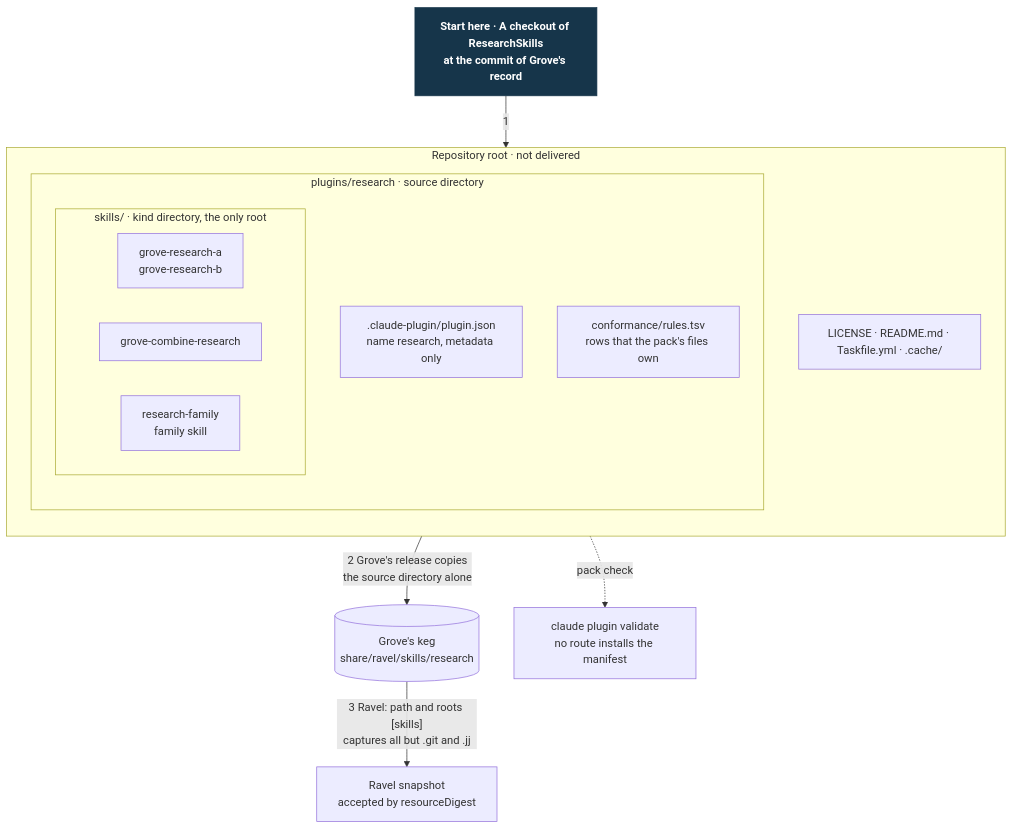
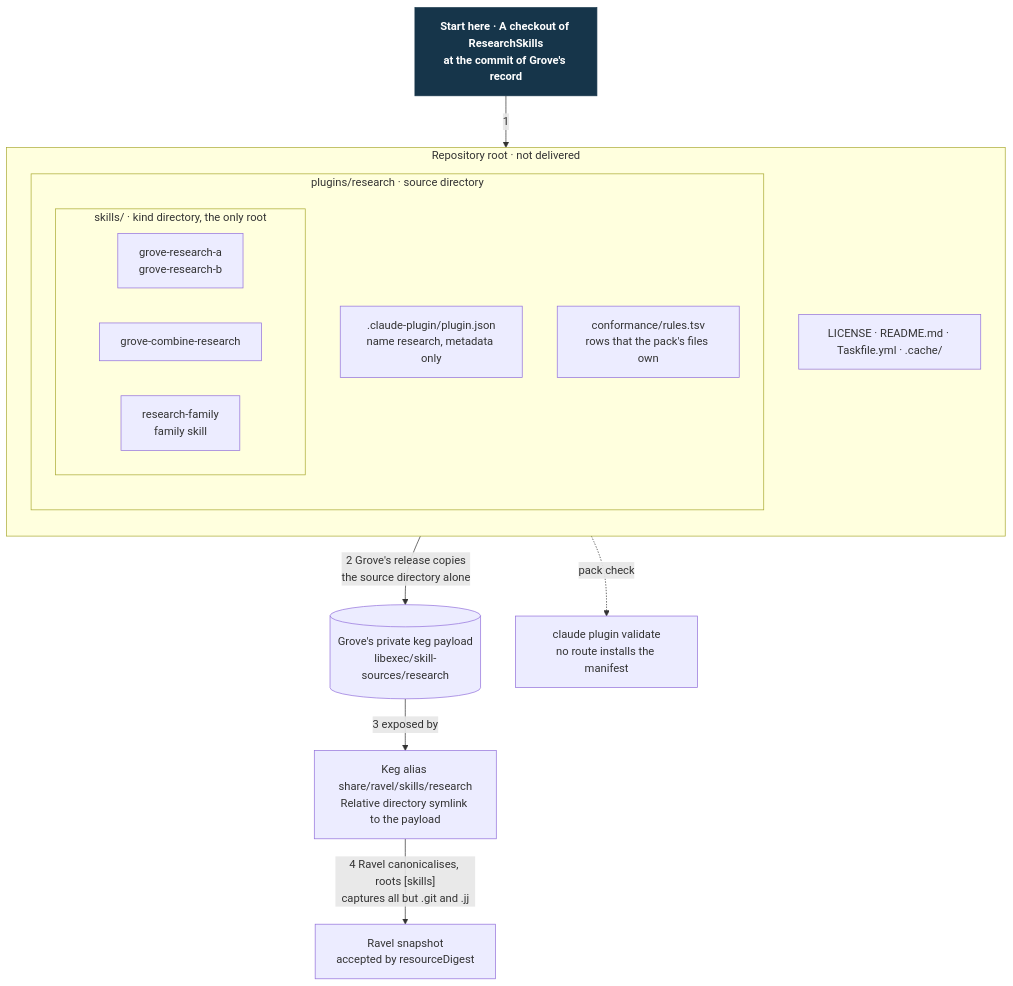
One commit to Linkuistics/grove changed the diagram in docs/design/external-pack-contract/layout.mmd. Above: the diagram before and after it, drawn with Mermaid. The commit also changed 20 other files, not shown here.

First line of the commit message:
Integrate directory-link layout review (skill-keg-link-layout-k292)

```diff
--- a/docs/design/external-pack-contract/layout.mmd
+++ b/docs/design/external-pack-contract/layout.mmd
@@ -1,26 +1,28 @@
 flowchart TB
     A["Start here · A checkout of ResearchSkills<br/>at the commit of Grove's record"]
     subgraph repo["Repository root · not delivered"]
         direction TB
         R1["LICENSE · README.md · Taskfile.yml · .cache/"]
         subgraph src["plugins/research · source directory"]
             direction TB
             M[".claude-plugin/plugin.json<br/>name research, metadata only"]
             C["conformance/rules.tsv<br/>rows that the pack's files own"]
             subgraph kd["skills/ · kind directory, the only root"]
                 direction LR
                 K1["grove-research-a<br/>grove-research-b"]
                 K3["grove-combine-research"]
                 F["research-family<br/>family skill"]
             end
         end
     end
-    KG[("Grove's keg<br/>share/ravel/skills/research")]
+    KG[("Grove's private keg payload<br/>libexec/skill-sources/research")]
+    AL["Keg alias share/ravel/skills/research<br/>Relative directory symlink to the payload"]
     RV["Ravel snapshot<br/>accepted by resourceDigest"]
     V["claude plugin validate<br/>no route installs the manifest"]
     A -->|1| repo
     src -->|"2 Grove's release copies<br/>the source directory alone"| KG
-    KG -->|"3 Ravel: path and roots [skills]<br/>captures all but .git and .jj"| RV
+    KG -->|"3 exposed by"| AL
+    AL -->|"4 Ravel canonicalises, roots [skills]<br/>captures all but .git and .jj"| RV
     M -.->|"pack check"| V
     classDef start fill:#16354a,color:#fff,stroke:#16354a,font-weight:bold
     class A start
```
